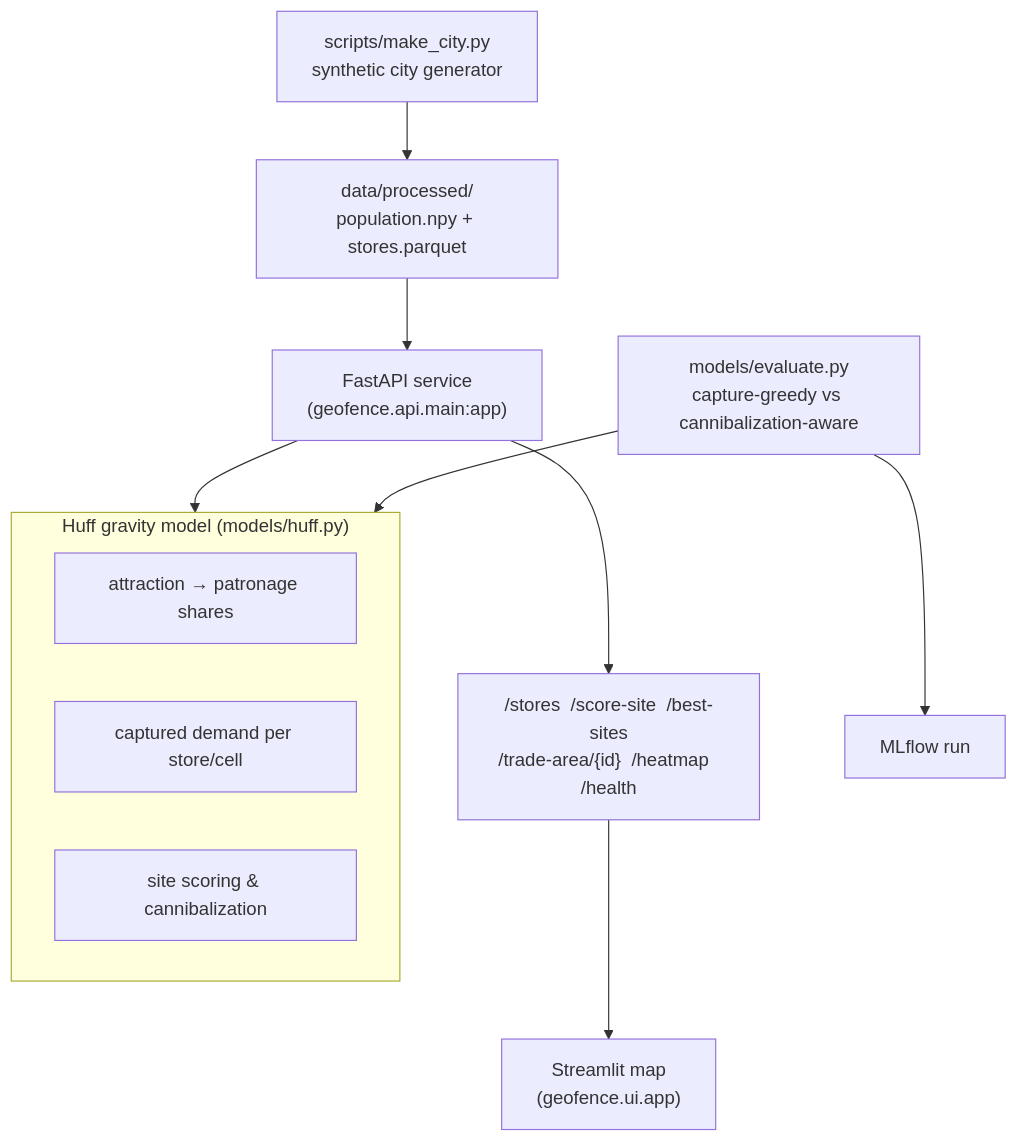
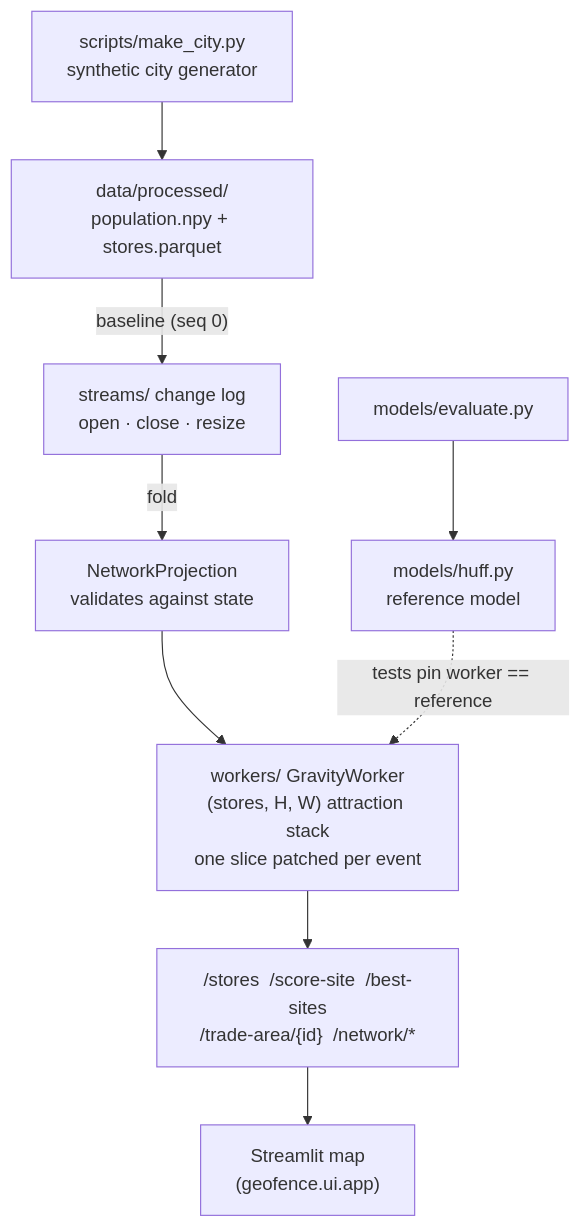
One commit to jackson-marcus/Geo-Fence changed the diagram in README.md. Above: the diagram before and after it, drawn with Mermaid. The commit also changed other lines of this file and 12 other files, not shown here.

First line of the commit message:
the store network is live now, and the "best sites" list stops lying

````diff
--- a/README.md
+++ b/README.md
@@ -39,15 +39,11 @@
 ```mermaid
 flowchart TD
     MK["scripts/make_city.py<br/>synthetic city generator"] --> D["data/processed/<br/>population.npy + stores.parquet"]
-    D --> API["FastAPI service<br/>(geofence.api.main:app)"]
-    subgraph MODEL["Huff gravity model (models/huff.py)"]
-        H1["attraction &rarr; patronage shares"]
-        H2["captured demand per store/cell"]
-        H3["site scoring &amp; cannibalization"]
-    end
-    API --> MODEL
-    API --> EP["/stores  /score-site  /best-sites<br/>/trade-area/{id}  /heatmap  /health"]
+    D -->|"baseline (seq 0)"| LOG["streams/ change log<br/>open · close · resize"]
+    LOG -->|"fold"| PROJ["NetworkProjection<br/>validates against state"]
+    PROJ --> W["workers/ GravityWorker<br/>(stores, H, W) attraction stack<br/>one slice patched per event"]
+    W --> EP["/stores  /score-site  /best-sites<br/>/trade-area/{id}  /network/*"]
     EP --> UI["Streamlit map<br/>(geofence.ui.app)"]
-    EVAL["models/evaluate.py<br/>capture-greedy vs cannibalization-aware"] --> MODEL
-    EVAL --> ML["MLflow run"]
+    REF["models/huff.py<br/>reference model"] -. "tests pin worker == reference" .-> W
+    EVAL["models/evaluate.py"] --> REF
 ```
````
